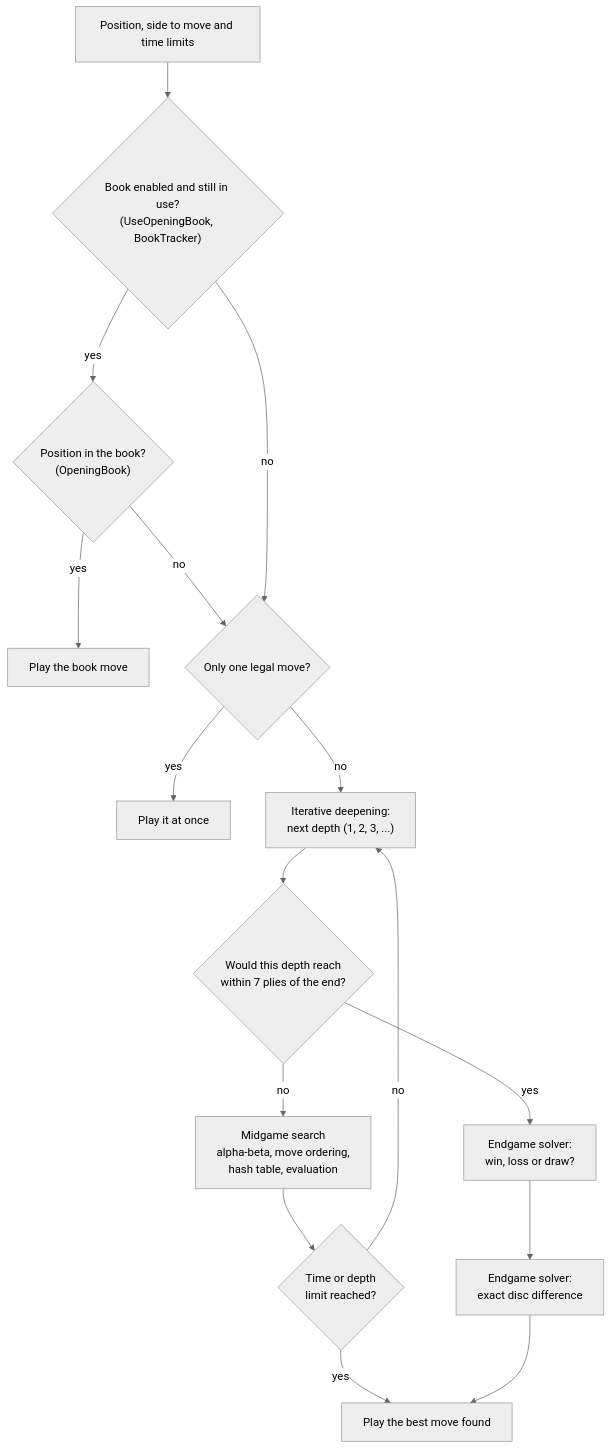
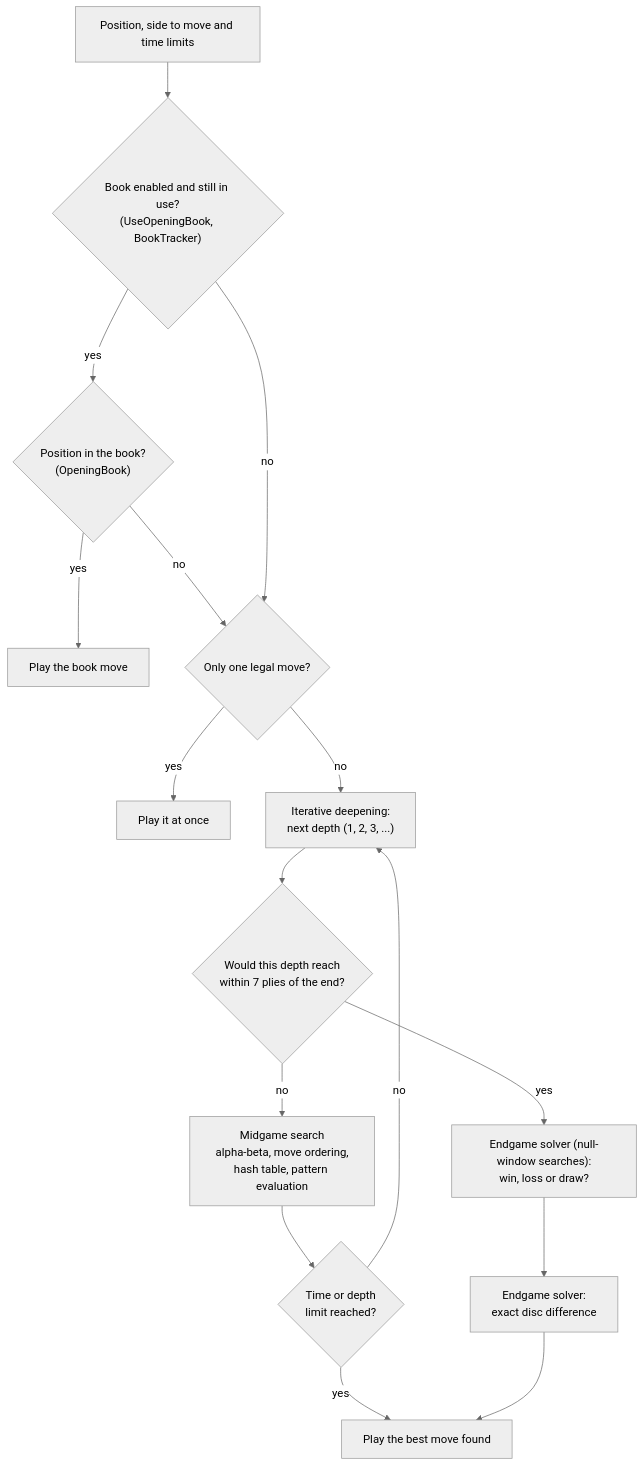
The diagram in docs/brain/README.md (cjp-dev/Stello), drawn with Mermaid (neutral theme) before and after one commit. The commit also changed other lines of this file and 19 other files, not shown here.

````diff
--- a/docs/brain/README.md
+++ b/docs/brain/README.md
@@ -17,18 +17,18 @@
 ```mermaid
 flowchart TD
     Start["Position, side to move and time limits"] --> Tracker{"Book enabled and still in use?<br/>(UseOpeningBook, BookTracker)"}
     Tracker -- "yes" --> Book{"Position in the book?<br/>(OpeningBook)"}
     Book -- "yes" --> BookMove["Play the book move"]
     Book -- "no" --> Single
     Tracker -- "no" --> Single{"Only one legal move?"}
     Single -- "yes" --> Play["Play it at once"]
     Single -- "no" --> Next["Iterative deepening:<br/>next depth (1, 2, 3, ...)"]
     Next --> Near{"Would this depth reach<br/>within 7 plies of the end?"}
-    Near -- "no" --> Midgame["Midgame search<br/>alpha-beta, move ordering,<br/>hash table, evaluation"]
+    Near -- "no" --> Midgame["Midgame search<br/>alpha-beta, move ordering,<br/>hash table, pattern evaluation"]
     Midgame --> Limit{"Time or depth<br/>limit reached?"}
     Limit -- "no" --> Next
     Limit -- "yes" --> Best["Play the best move found"]
-    Near -- "yes" --> WLD["Endgame solver:<br/>win, loss or draw?"]
+    Near -- "yes" --> WLD["Endgame solver (null-window searches):<br/>win, loss or draw?"]
     WLD --> Exact["Endgame solver:<br/>exact disc difference"]
     Exact --> Best
 ```
````
